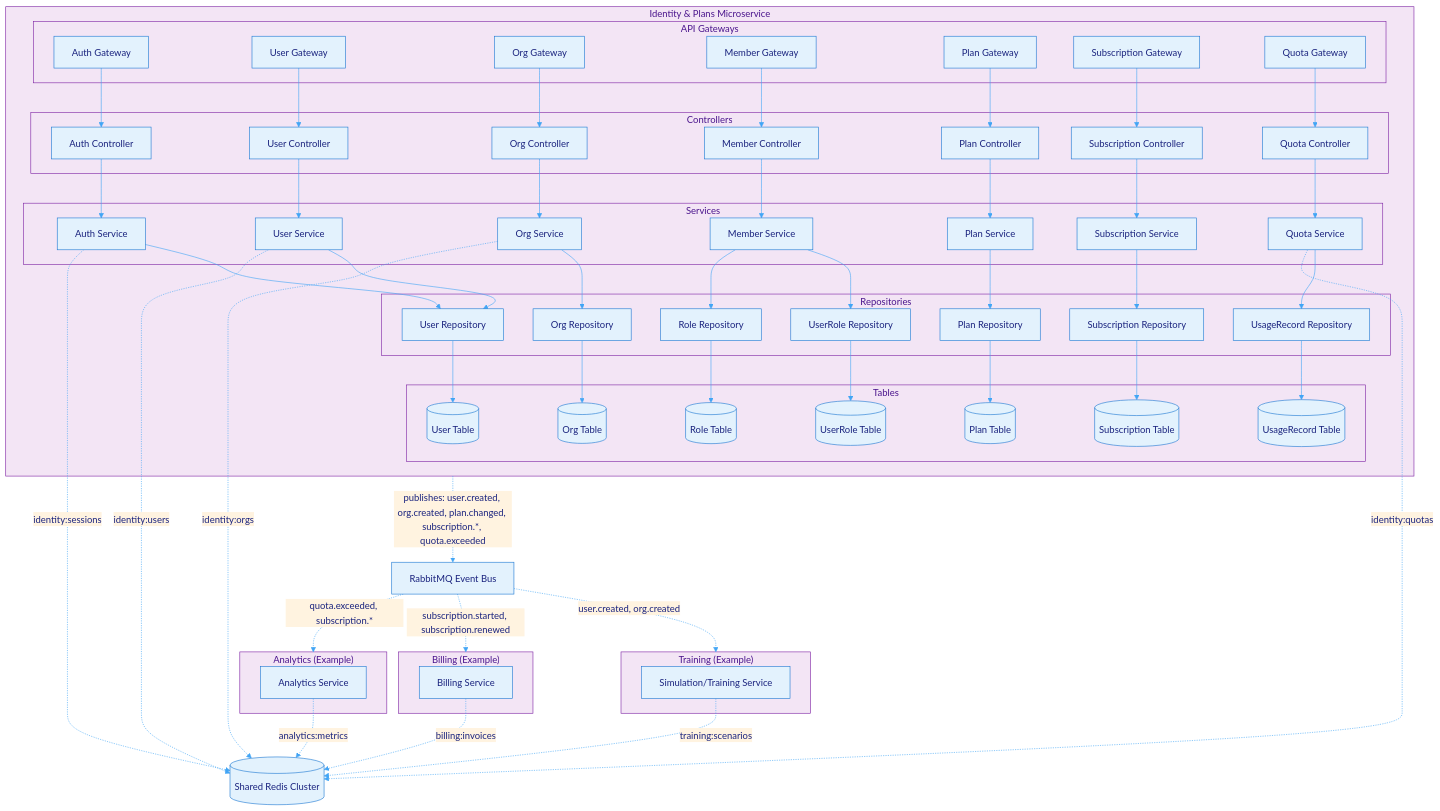
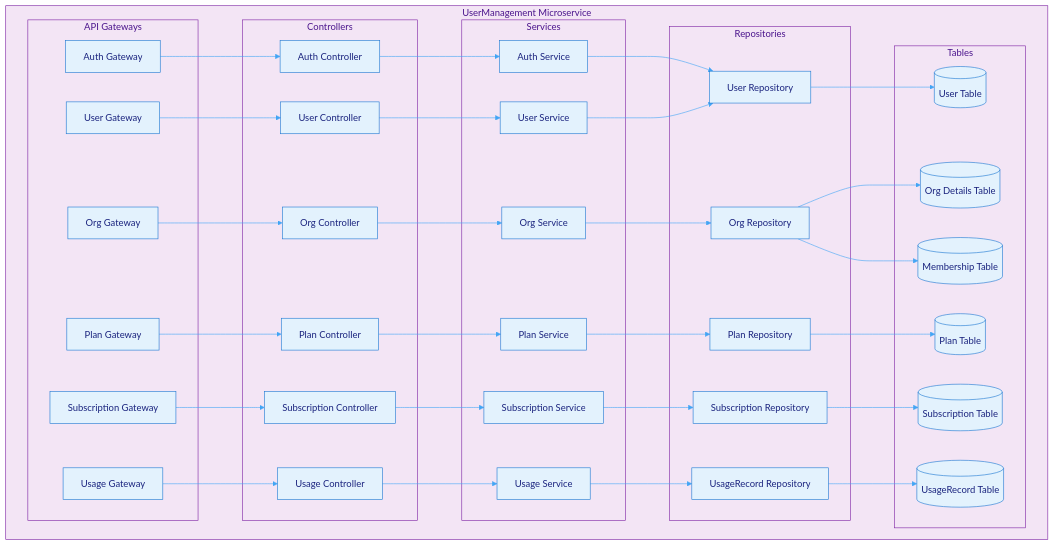
The diagram in docs/architecture/MicroServices/UserManagement/class.mmd (MmagdyHafezZ/pitch), drawn with Mermaid before and after one commit.

Commit message:
feat(SCRUM-52): Updated User Management Architecture diagram

```diff
--- a/docs/architecture/MicroServices/UserManagement/class.mmd
+++ b/docs/architecture/MicroServices/UserManagement/class.mmd
@@ -1,114 +1,87 @@
-%%{init: {'theme':'base', 'themeVariables': { 
-  'primaryColor':'#e3f2fd',
-  'primaryTextColor':'#1a237e',
-  'primaryBorderColor':'#1976d2',
-  'lineColor':'#42a5f5',
-  'secondaryColor':'#fff3e0',
-  'secondaryTextColor':'#e65100',
-  'secondaryBorderColor':'#fb8c00',
-  'tertiaryColor':'#f3e5f5',
-  'tertiaryTextColor':'#4a148c',
-  'tertiaryBorderColor':'#7b1fa2',
-  'noteBkgColor':'#fff9c4',
-  'noteTextColor':'#f57f17'
-}}}%%
+---
+config:
+  theme: base
+  themeVariables:
+    primaryColor: '#e3f2fd'
+    primaryTextColor: '#1a237e'
+    primaryBorderColor: '#1976d2'
+    lineColor: '#42a5f5'
+    secondaryColor: '#fff3e0'
+    secondaryTextColor: '#e65100'
+    secondaryBorderColor: '#fb8c00'
+    tertiaryColor: '#f3e5f5'
+    tertiaryTextColor: '#4a148c'
+    tertiaryBorderColor: '#7b1fa2'
+    noteBkgColor: '#fff9c4'
+    noteTextColor: '#f57f17'
+---
 flowchart TB
-    %% Identity & Plans Microservice
-    subgraph IdentityPlans["Identity & Plans Microservice"]
-        
-        subgraph API["API Gateways"]
-            AuthGW[Auth Gateway]
-            UserGW[User Gateway]
-            OrgGW[Org Gateway]
-            MemberGW[Member Gateway]
-            PlanGW[Plan Gateway]
-            SubGW[Subscription Gateway]
-            QuotaGW[Quota Gateway]
-        end
-        
-        subgraph CTRL["Controllers"]
-            AuthCtrl[Auth Controller]
-            UserCtrl[User Controller]
-            OrgCtrl[Org Controller]
-            MemberCtrl[Member Controller]
-            PlanCtrl[Plan Controller]
-            SubCtrl[Subscription Controller]
-            QuotaCtrl[Quota Controller]
-        end
-        
-        subgraph SVC["Services"]
-            AuthSvc[Auth Service]
-            UserSvc[User Service]
-            OrgSvc[Org Service]
-            MemberSvc[Member Service]
-            PlanSvc[Plan Service]
-            SubSvc[Subscription Service]
-            QuotaSvc[Quota Service]
-        end
-        
-        subgraph REPO["Repositories"]
-            UserRepo[User Repository]
-            OrgRepo[Org Repository]
-            RoleRepo[Role Repository]
-            UserRoleRepo[UserRole Repository]
-            PlanRepo[Plan Repository]
-            SubRepo[Subscription Repository]
-            QuotaRepo[UsageRecord Repository]
-        end
-        
-        subgraph Table["Tables"]
-            UserTable[(User Table)]
-            OrgTable[(Org Table)]
-            RoleTable[(Role Table)]
-            UserRoleTable[(UserRole Table)]
-            PlanTable[(Plan Table)]
-            SubTable[(Subscription Table)]
-            QuotaTable[(UsageRecord Table)]
-        end
-    end
-    
-    %% External Event Bus
-    RabbitMQ[RabbitMQ Event Bus]
-    
-    %% Shared Cache Cluster
-    Redis[(Shared Redis Cluster)]
-    
-    %% Other Microservices
-    subgraph TrainingMS["Training  (Example)"]
-        TrainingSvc[Simulation/Training Service]
-    end
-
-    subgraph BillingMS["Billing (Example)"]
-        BillingSvc[Billing Service]
-    end
-
-    subgraph AnalyticsMS["Analytics (Example)"]
-        AnalyticsSvc[Analytics Service]
-    end
-    
-    %% Internal Flows
-    AuthGW --> AuthCtrl --> AuthSvc --> UserRepo --> UserTable
-    UserGW --> UserCtrl --> UserSvc --> UserRepo
-    OrgGW --> OrgCtrl --> OrgSvc --> OrgRepo --> OrgTable
-    MemberGW --> MemberCtrl --> MemberSvc --> UserRoleRepo --> UserRoleTable
-    MemberSvc --> RoleRepo --> RoleTable
-    PlanGW --> PlanCtrl --> PlanSvc --> PlanRepo --> PlanTable
-    SubGW --> SubCtrl --> SubSvc --> SubRepo --> SubTable
-    QuotaGW --> QuotaCtrl --> QuotaSvc --> QuotaRepo --> QuotaTable
-    
-    %% Redis Usage (namespaced keys per service)
-    AuthSvc -.->|identity:sessions| Redis
-    UserSvc -.->|identity:users| Redis
-    OrgSvc -.->|identity:orgs| Redis
-    QuotaSvc -.->|identity:quotas| Redis
-    TrainingSvc -.->|training:scenarios| Redis
-    BillingSvc -.->|billing:invoices| Redis
-    AnalyticsSvc -.->|analytics:metrics| Redis
-    
-    %% Event Publishing
-    IdentityPlans -.->|publishes: user.created, org.created, plan.changed, subscription.*, quota.exceeded| RabbitMQ
-    
-    %% Event Consumption
-    RabbitMQ -.->|user.created, org.created| TrainingMS
-    RabbitMQ -.->|subscription.started, subscription.renewed| BillingMS
-    RabbitMQ -.->|quota.exceeded, subscription.*| AnalyticsMS
+ subgraph API["API Gateways"]
+        AuthGW["Auth Gateway"]
+        UserGW["User Gateway"]
+        OrgGW["Org Gateway"]
+        PlanGW["Plan Gateway"]
+        SubGW["Subscription Gateway"]
+        QuotaGW["Usage Gateway"]
+  end
+ subgraph CTRL["Controllers"]
+        AuthCtrl["Auth Controller"]
+        UserCtrl["User Controller"]
+        OrgCtrl["Org Controller"]
+        PlanCtrl["Plan Controller"]
+        SubCtrl["Subscription Controller"]
+        QuotaCtrl["Usage Controller"]
+  end
+ subgraph SVC["Services"]
+        AuthSvc["Auth Service"]
+        UserSvc["User Service"]
+        OrgSvc["Org Service"]
+        PlanSvc["Plan Service"]
+        SubSvc["Subscription Service"]
+        QuotaSvc["Usage Service"]
+  end
+ subgraph REPO["Repositories"]
+        UserRepo["User Repository"]
+        OrgRepo["Org Repository"]
+        PlanRepo["Plan Repository"]
+        SubRepo["Subscription Repository"]
+        QuotaRepo["UsageRecord Repository"]
+  end
+ subgraph Table["Tables"]
+        UserTable[("User Table<br>")]
+        OrgTable[("Org Details Table<br>")]
+        MembershipTable[("Membership Table<br>")]
+        PlanTable[("Plan Table<br>")]
+        SubTable[("Subscription Table<br>")]
+        QuotaTable[("UsageRecord Table")]
+  end
+ subgraph UserManagement["UserManagement Microservice"]
+        API
+        CTRL
+        SVC
+        REPO
+        Table
+  end
+    AuthGW --> AuthCtrl
+    AuthCtrl --> AuthSvc
+    AuthSvc --> UserRepo
+    UserRepo --> UserTable
+    UserGW --> UserCtrl
+    UserCtrl --> UserSvc
+    UserSvc --> UserRepo
+    OrgGW --> OrgCtrl
+    OrgCtrl --> OrgSvc
+    OrgSvc --> OrgRepo
+    OrgRepo --> OrgTable & MembershipTable
+    PlanGW --> PlanCtrl
+    PlanCtrl --> PlanSvc
+    PlanSvc --> PlanRepo
+    PlanRepo --> PlanTable
+    SubGW --> SubCtrl
+    SubCtrl --> SubSvc
+    SubSvc --> SubRepo
+    SubRepo --> SubTable
+    QuotaGW --> QuotaCtrl
+    QuotaCtrl --> QuotaSvc
+    QuotaSvc --> QuotaRepo
+    QuotaRepo --> QuotaTable
```
